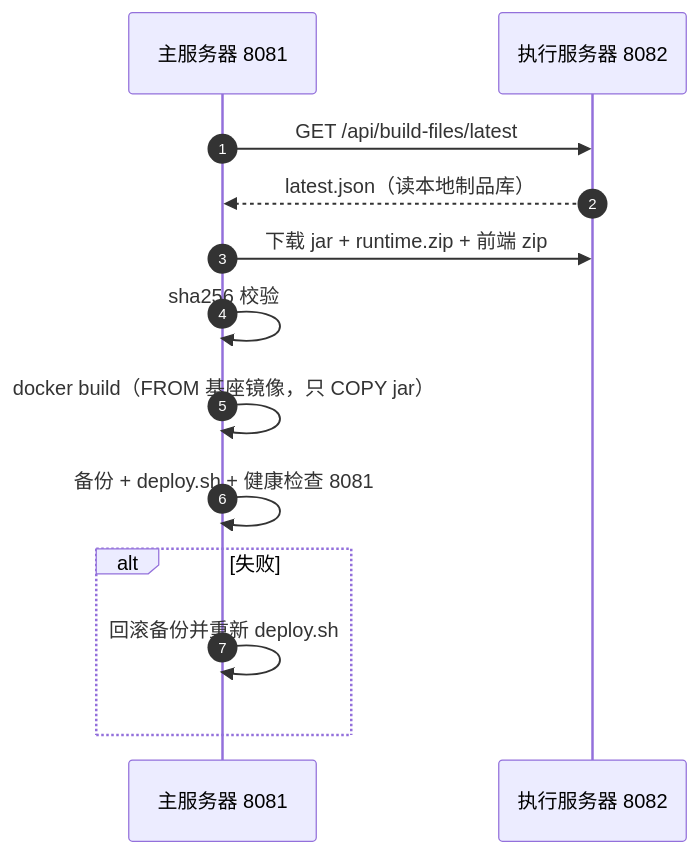
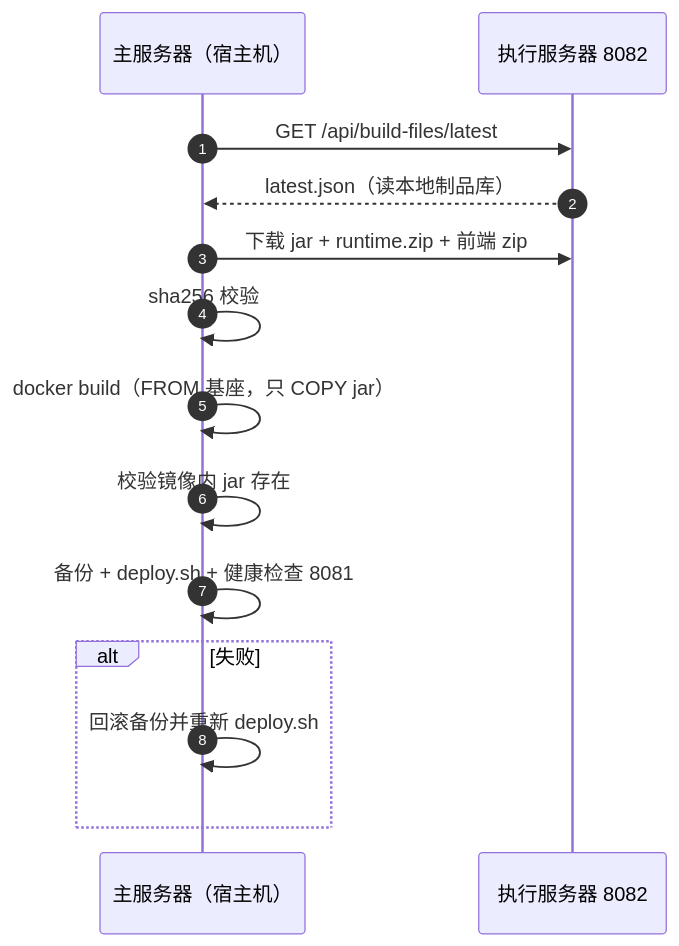
One commit to liuzh2008/med_ai_assistant_workspace changed the fifth of 5 diagrams in doc/部署流程/自动部署链路改造设计-20261104.md. Above: the diagram before and after it, drawn with Mermaid. The commit also changed other lines of this file, not shown here.

````diff
--- a/doc/部署流程/自动部署链路改造设计-20261104.md
+++ b/doc/部署流程/自动部署链路改造设计-20261104.md
@@ -156,15 +194,16 @@
 ```mermaid
 sequenceDiagram
     autonumber
-    participant M as 主服务器 8081
+    participant M as 主服务器（宿主机）
     participant E as 执行服务器 8082
     M->>E: GET /api/build-files/latest
     E-->>M: latest.json（读本地制品库）
     M->>E: 下载 jar + runtime.zip + 前端 zip
     M->>M: sha256 校验
-    M->>M: docker build（FROM 基座镜像，只 COPY jar）
+    M->>M: docker build（FROM 基座，只 COPY jar）
+    M->>M: 校验镜像内 jar 存在
     M->>M: 备份 + deploy.sh + 健康检查 8081
     alt 失败
         M->>M: 回滚备份并重新 deploy.sh
     end
 ```
````
